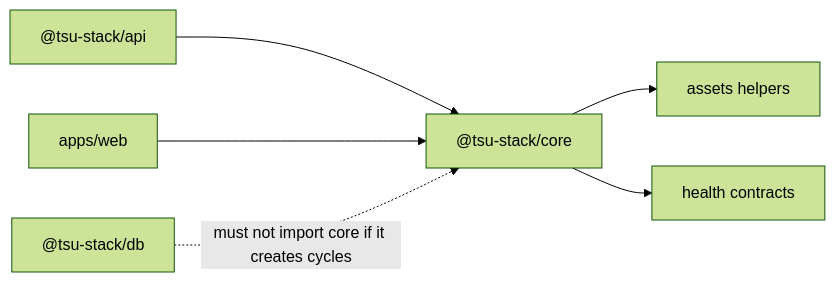
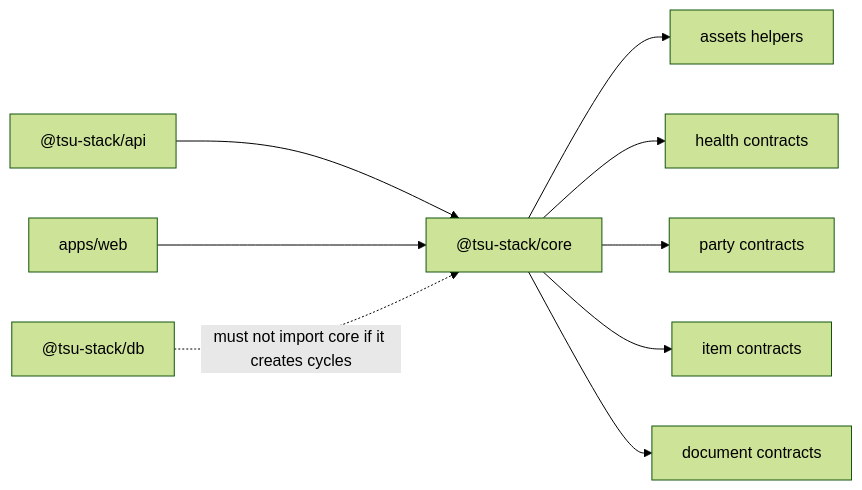
One commit to isherbuilds/edernal-books changed the diagram in packages/core/README.md. Above: the diagram before and after it, drawn with Mermaid (forest theme). The commit also changed other lines of this file and 44 other files, not shown here.

````diff
--- a/packages/core/README.md
+++ b/packages/core/README.md
@@ -15,8 +18,11 @@
 ```mermaid
 flowchart LR
   Core["@tsu-stack/core"] --> Assets["assets helpers"]
   Core --> Health["health contracts"]
+  Core --> Parties["party contracts"]
+  Core --> Items["item contracts"]
+  Core --> Documents["document contracts"]
   API["@tsu-stack/api"] --> Core
   Web["apps/web"] --> Core
   DB["@tsu-stack/db"] -. "must not import core if it creates cycles" .-> Core
 ```
````
